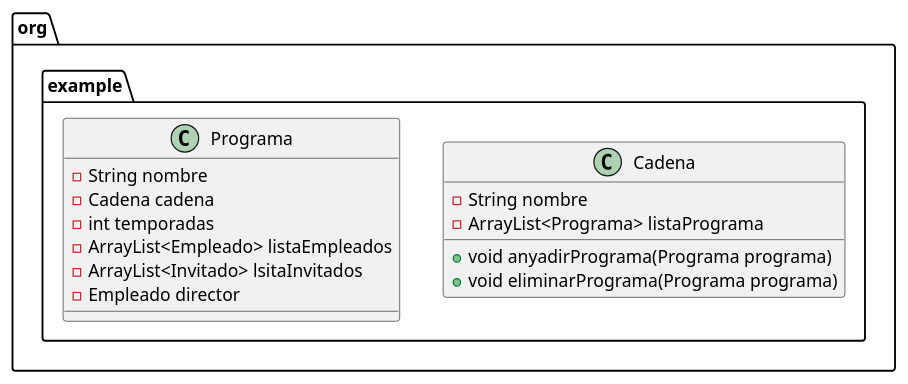
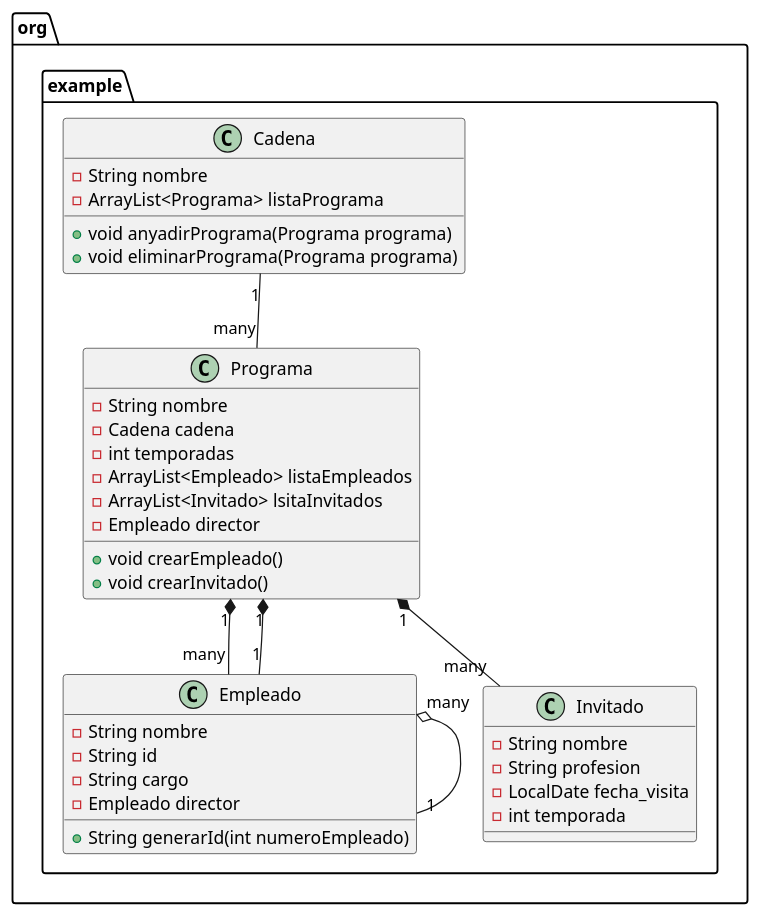
Before and after one commit to Smeagol-chan/Programaci-n-1-DAM: the diagram in EjerciciosUd5_1DAM/Practica_1/src/main/java/org/example/programas.puml, drawn with PlantUML. The commit also changed 2 other files, not shown here.

```diff
--- a/EjerciciosUd5_1DAM/Practica_1/src/main/java/org/example/programas.puml
+++ b/EjerciciosUd5_1DAM/Practica_1/src/main/java/org/example/programas.puml
@@ -1,24 +1,47 @@
 @startuml
 
 package "org.example" {
     Class Cadena {
         - String nombre
         - ArrayList<Programa> listaPrograma
 
         + void anyadirPrograma(Programa programa)
         + void eliminarPrograma(Programa programa)
     }
 
     Class Programa {
         - String nombre
         - Cadena cadena
         - int temporadas
         - ArrayList<Empleado> listaEmpleados
         - ArrayList<Invitado> lsitaInvitados
         - Empleado director
 
+        + void crearEmpleado()
+        + void crearInvitado()
+    }
 
+    Class Empleado {
+        - String nombre
+        - String id
+        - String cargo
+        - Empleado director
+
+        + String generarId(int numeroEmpleado)
     }
+
+    Class Invitado {
+        - String nombre
+        - String profesion
+        - LocalDate fecha_visita
+        - int temporada
+    }
+
+    Cadena "1" -- "many" Programa
+    Programa "1" *-- "many" Empleado
+    Programa "1" *-- "1" Empleado
+    Empleado "many" o-- "1" Empleado
+    Programa "1" *-- "many" Invitado
 }
 
 @enduml
```
